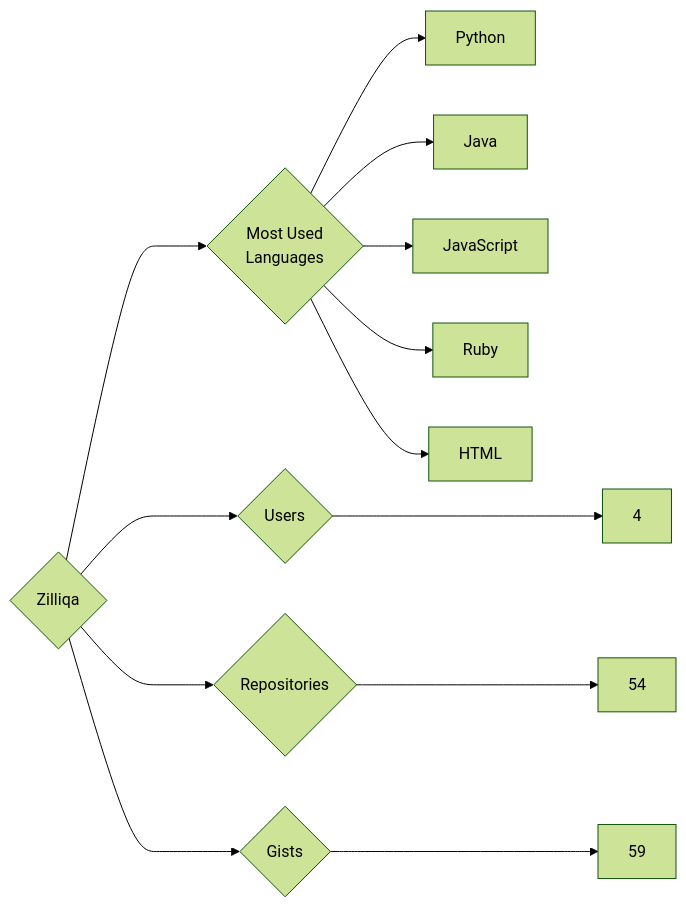
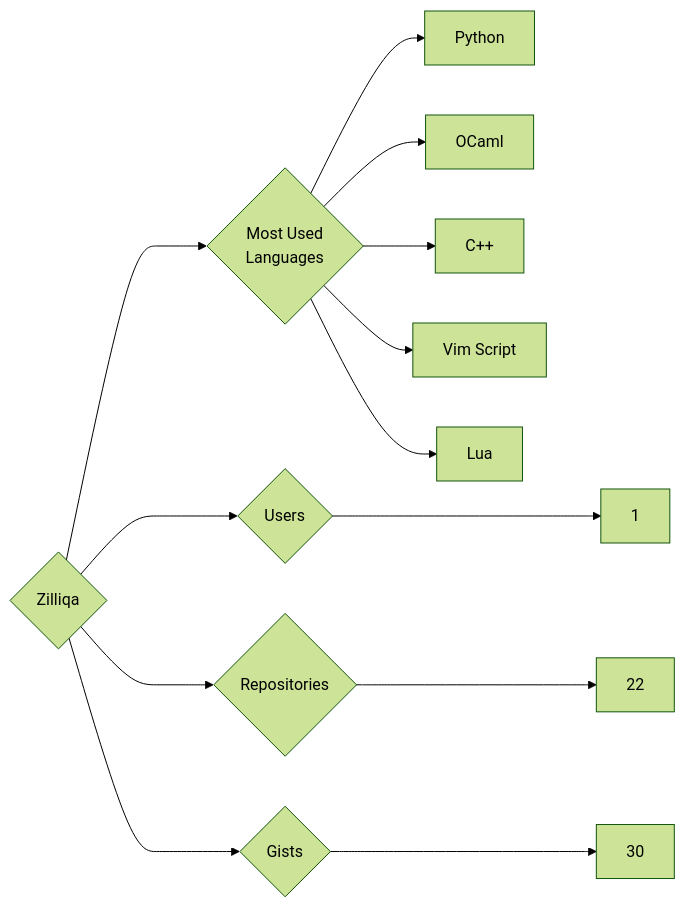
Before and after one commit to trickest/insiders: the diagram in targets/Zilliqa/README.md, drawn with Mermaid (forest theme). The commit also changed 877 other files, not shown here.

````diff
--- a/targets/Zilliqa/README.md
+++ b/targets/Zilliqa/README.md
@@ -3,13 +3,13 @@
 ```mermaid
 graph LR
 COMPANY_NAME{Zilliqa}
-COMPANY_NAME ---> U{Users} ---> UN[4]
-COMPANY_NAME ---> R{Repositories} ---> RN[54]
-COMPANY_NAME ---> G{Gists} ---> GN[59]
+COMPANY_NAME ---> U{Users} ---> UN[1]
+COMPANY_NAME ---> R{Repositories} ---> RN[22]
+COMPANY_NAME ---> G{Gists} ---> GN[30]
 COMPANY_NAME ---> ML{Most Used<br>Languages}
 ML --> Python[Python]
-ML --> Java[Java]
-ML --> JavaScript[JavaScript]
-ML --> Ruby[Ruby]
-ML --> HTML[HTML]
+ML --> OCaml[OCaml]
+ML --> C++[C++]
+ML --> Vim_Script[Vim Script]
+ML --> Lua[Lua]
 ```
````
